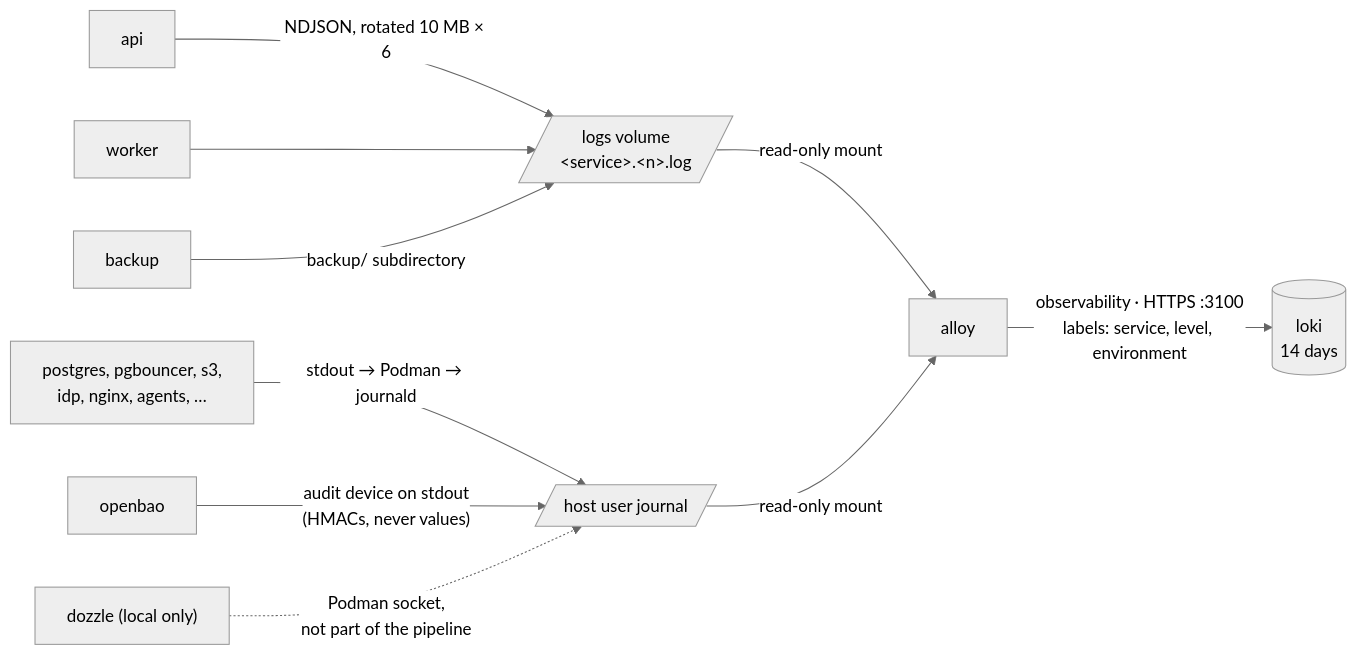
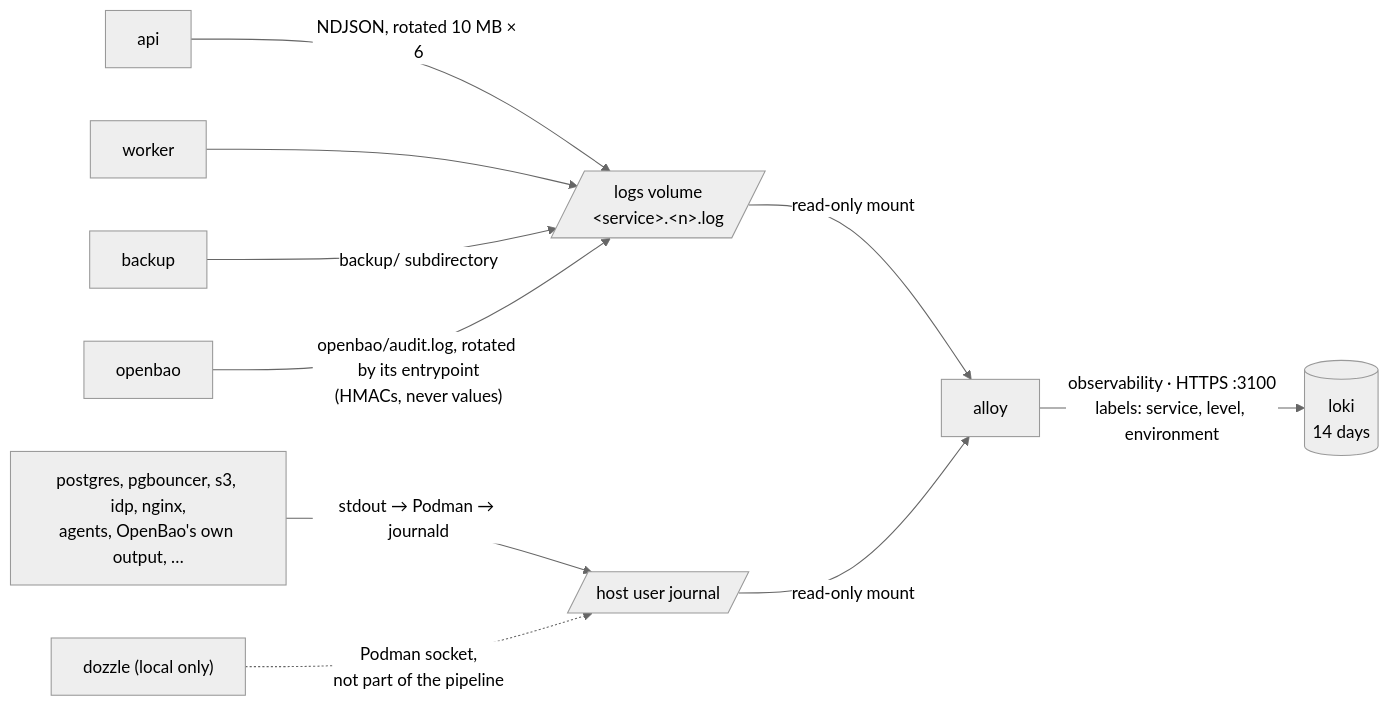
Before and after one commit to rabalyn/feathers-skeleton-stack: the second of 3 diagrams in docs/adr_v2/diagrams/observability.md, drawn with Mermaid (neutral theme). The commit also changed other lines of this file and 7 other files, not shown here.

First line of the commit message:
fix(openbao): write the audit log to the shared log volume (ADR 0021, 0023)

````diff
--- a/docs/adr_v2/diagrams/observability.md
+++ b/docs/adr_v2/diagrams/observability.md
@@ -35,15 +35,15 @@
 ```mermaid
 flowchart LR
   api["api"] -->|"NDJSON, rotated 10 MB × 6"| logs[/"logs volume<br>&lt;service&gt;.&lt;n&gt;.log"/]
   worker["worker"] --> logs
   backup["backup"] -->|"backup/ subdirectory"| logs
+  openbao["openbao"] -->|"openbao/audit.log, rotated by its entrypoint<br>(HMACs, never values)"| logs
 
-  third["postgres, pgbouncer, s3,<br>idp, nginx, agents, …"] -->|"stdout → Podman → journald"| journal[/"host user journal"/]
-  openbao["openbao"] -->|"audit device on stdout<br>(HMACs, never values)"| journal
+  third["postgres, pgbouncer, s3, idp, nginx,<br>agents, OpenBao's own output, …"] -->|"stdout → Podman → journald"| journal[/"host user journal"/]
 
   logs -->|"read-only mount"| alloy["alloy"]
   journal -->|"read-only mount"| alloy
   alloy -->|"observability · HTTPS :3100<br>labels: service, level, environment"| loki[("loki<br>14 days")]
 
   dozzle["dozzle (local only)"] -. "Podman socket,<br>not part of the pipeline" .-> journal
 ```
````
